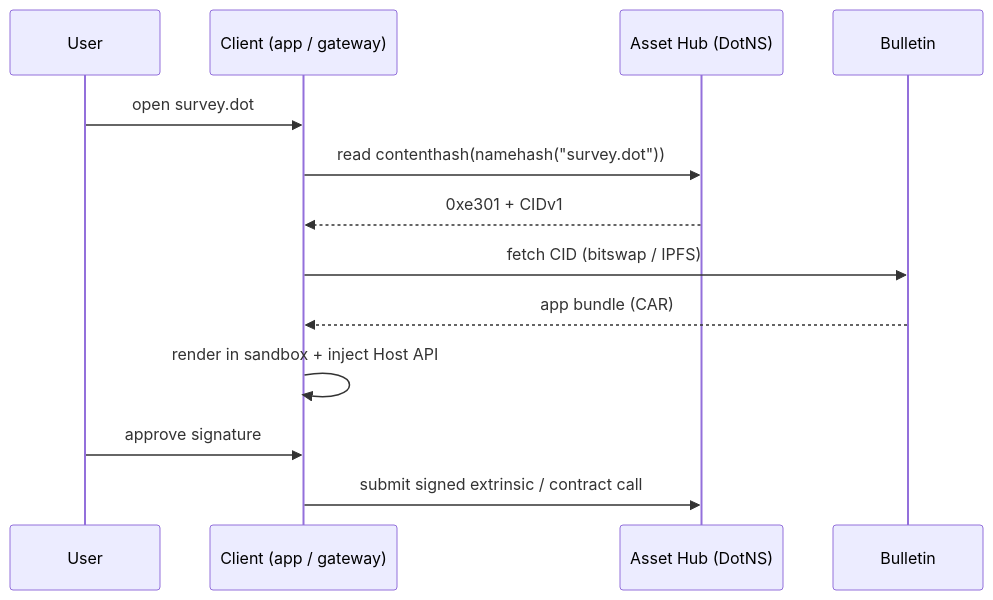
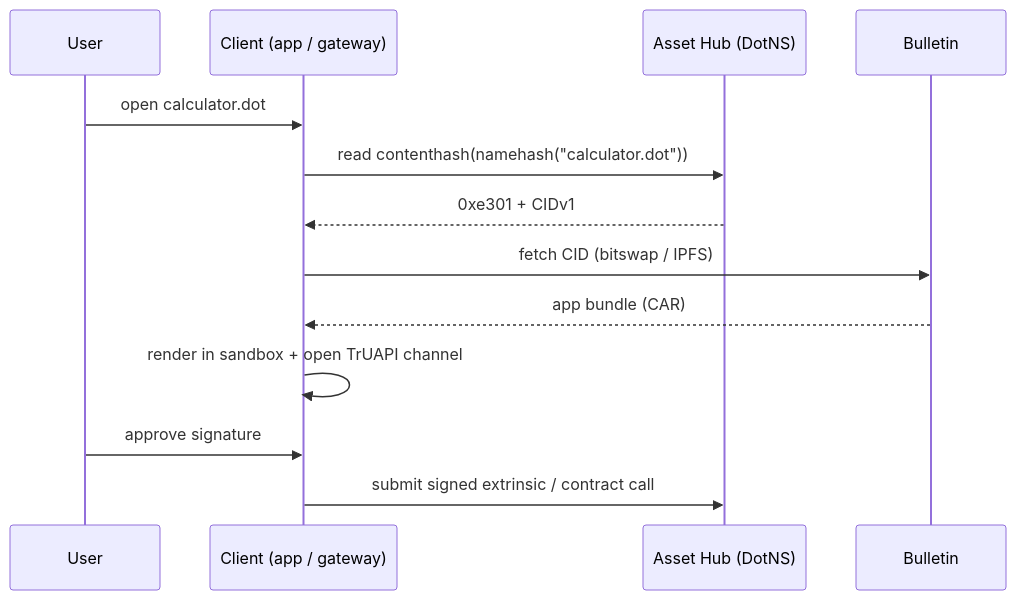
The second of 2 diagrams in docs/architecture/index.md (Polkadot-Community-Foundation/polkadot-app-docs), drawn with Mermaid before and after one commit. The commit also changed other lines of this file and 22 other files, not shown here.

````diff
--- a/docs/architecture/index.md
+++ b/docs/architecture/index.md
@@ -113,15 +115,15 @@
 ```mermaid
 sequenceDiagram
     participant U as User
     participant C as Client (app / gateway)
     participant AH as Asset Hub (DotNS)
     participant B as Bulletin
-    U->>C: open survey.dot
-    C->>AH: read contenthash(namehash("survey.dot"))
+    U->>C: open calculator.dot
+    C->>AH: read contenthash(namehash("calculator.dot"))
     AH-->>C: 0xe301 + CIDv1
     C->>B: fetch CID (bitswap / IPFS)
     B-->>C: app bundle (CAR)
-    C->>C: render in sandbox + inject Host API
+    C->>C: render in sandbox + open TrUAPI channel
     U->>C: approve signature
     C->>AH: submit signed extrinsic / contract call
 ```
````
